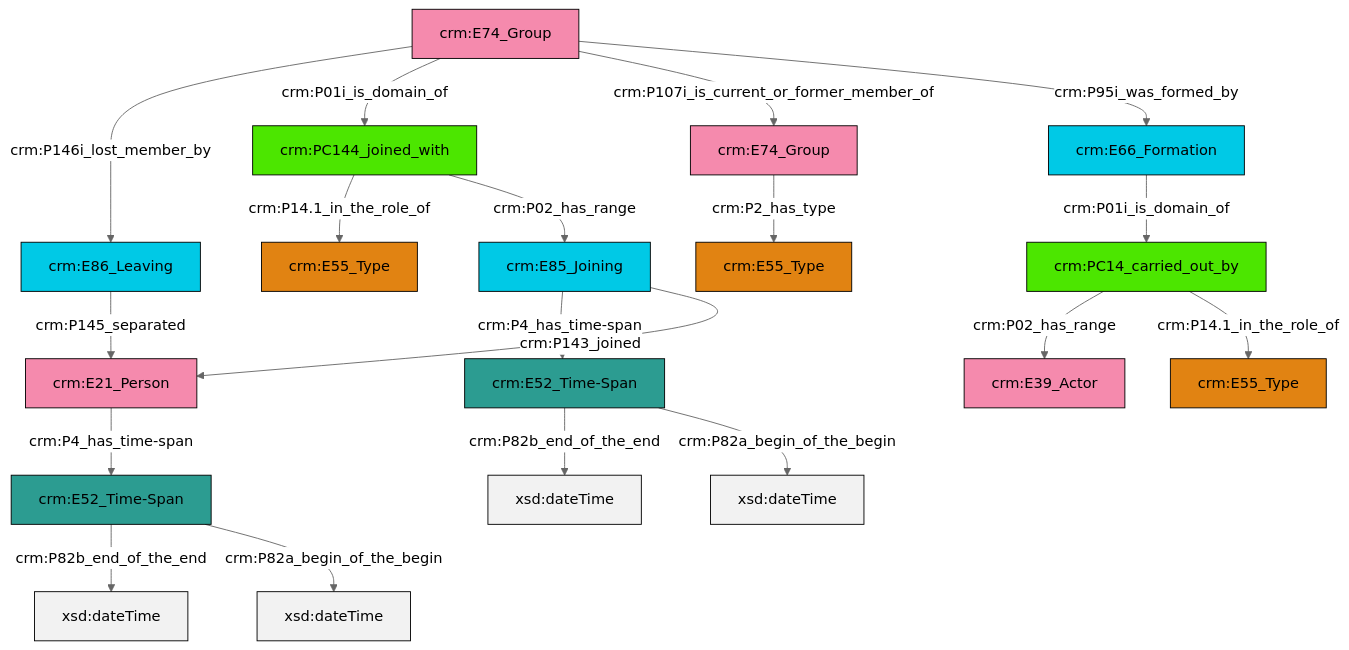
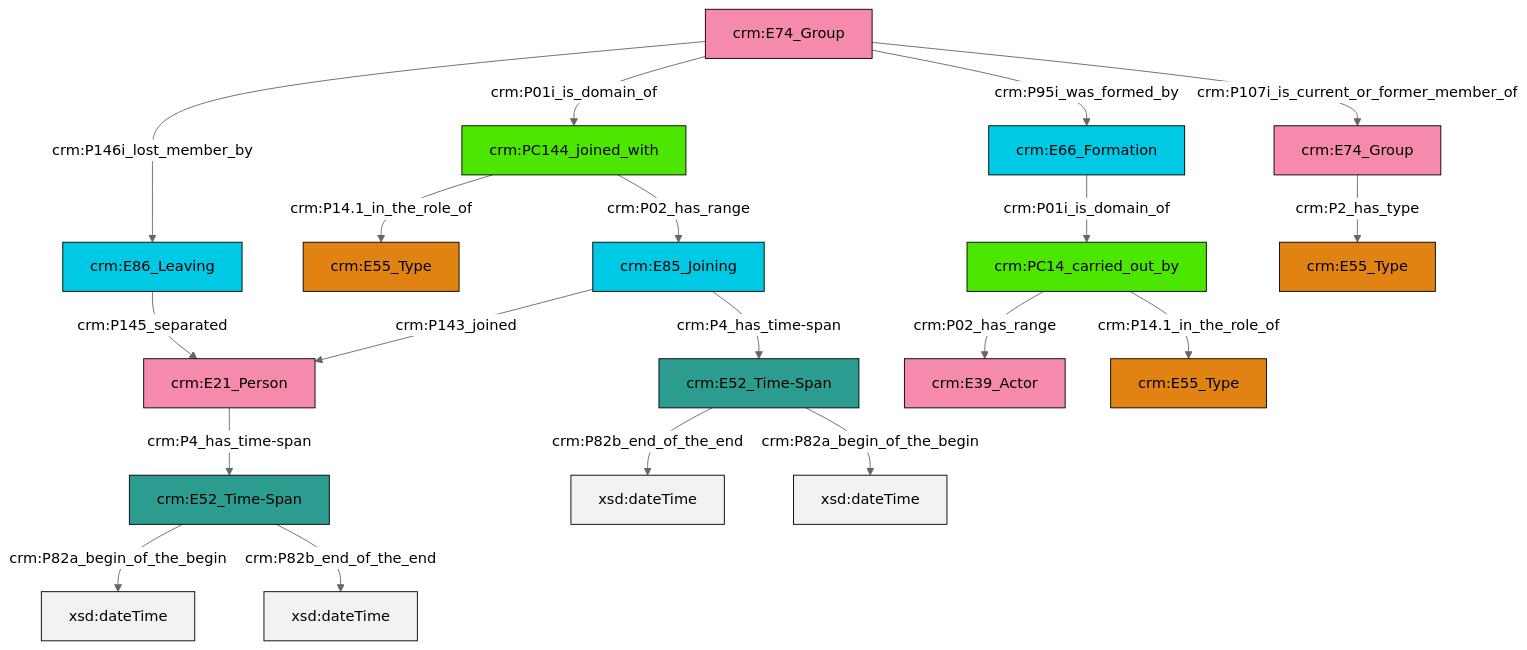
Before and after one commit to swiss-art-research-net/reference-data-models: the diagram in et/groupCSV/ttl/mmd/group_actor_relations.ttl.mmd, drawn with Mermaid (neutral theme). The commit also changed 135 other files, not shown here.

```diff
--- a/et/groupCSV/ttl/mmd/group_actor_relations.ttl.mmd
+++ b/et/groupCSV/ttl/mmd/group_actor_relations.ttl.mmd
@@ -1,33 +1,33 @@
 graph TD
 classDef Literal fill:#f2f2f2,stroke:#000000;
 classDef CRM_Entity fill:#FFFFFF,stroke:#000000;
 classDef Temporal_Entity fill:#00C9E6, stroke:#000000;
 classDef Type fill:#E18312, stroke:#000000;
 classDef Time-Span fill:#2C9C91, stroke:#000000;
 classDef Appellation fill:#FFEB7F, stroke:#000000;
 classDef Place fill:#008836, stroke:#000000;
 classDef Persistent_Item fill:#B266B2, stroke:#000000;
 classDef Conceptual_Object fill:#FFD700, stroke:#000000;
 classDef Physical_Thing fill:#D2B48C, stroke:#000000;
 classDef Actor fill:#f58aad, stroke:#000000;
 classDef PC_Classes fill:#4ce600, stroke:#000000;
 classDef Multi fill:#cccccc,stroke:#000000;
 
-0["crm:PC14_carried_out_by"]:::PC_Classes -->|crm:P02_has_range| 1["crm:E39_Actor"]:::Actor
-4["crm:PC144_joined_with"]:::PC_Classes -->|crm:P14.1_in_the_role_of| 2["crm:E55_Type"]:::Type
-5["crm:E74_Group"]:::Actor -->|crm:P146i_lost_member_by| 6["crm:E86_Leaving"]:::Temporal_Entity
-5["crm:E74_Group"]:::Actor -->|crm:P01i_is_domain_of| 4["crm:PC144_joined_with"]:::PC_Classes
-5["crm:E74_Group"]:::Actor -->|crm:P107i_is_current_or_former_member_of| 7["crm:E74_Group"]:::Actor
-8["crm:E52_Time-Span"]:::Time-Span -->|crm:P82b_end_of_the_end| 9[xsd:dateTime]:::Literal
-6["crm:E86_Leaving"]:::Temporal_Entity -->|crm:P145_separated| 17["crm:E21_Person"]:::Actor
-10["crm:E85_Joining"]:::Temporal_Entity -->|crm:P4_has_time-span| 20["crm:E52_Time-Span"]:::Time-Span
-4["crm:PC144_joined_with"]:::PC_Classes -->|crm:P02_has_range| 10["crm:E85_Joining"]:::Temporal_Entity
-0["crm:PC14_carried_out_by"]:::PC_Classes -->|crm:P14.1_in_the_role_of| 21["crm:E55_Type"]:::Type
-20["crm:E52_Time-Span"]:::Time-Span -->|crm:P82b_end_of_the_end| 23[xsd:dateTime]:::Literal
-17["crm:E21_Person"]:::Actor -->|crm:P4_has_time-span| 8["crm:E52_Time-Span"]:::Time-Span
-24["crm:E66_Formation"]:::Temporal_Entity -->|crm:P01i_is_domain_of| 0["crm:PC14_carried_out_by"]:::PC_Classes
-20["crm:E52_Time-Span"]:::Time-Span -->|crm:P82a_begin_of_the_begin| 25[xsd:dateTime]:::Literal
-8["crm:E52_Time-Span"]:::Time-Span -->|crm:P82a_begin_of_the_begin| 28[xsd:dateTime]:::Literal
-10["crm:E85_Joining"]:::Temporal_Entity -->|crm:P143_joined| 17["crm:E21_Person"]:::Actor
-7["crm:E74_Group"]:::Actor -->|crm:P2_has_type| 12["crm:E55_Type"]:::Type
-5["crm:E74_Group"]:::Actor -->|crm:P95i_was_formed_by| 24["crm:E66_Formation"]:::Temporal_Entity
+2["crm:E52_Time-Span"]:::Time-Span -->|crm:P82b_end_of_the_end| 3[xsd:dateTime]:::Literal
+4["crm:E85_Joining"]:::Temporal_Entity -->|crm:P143_joined| 5["crm:E21_Person"]:::Actor
+6["crm:E74_Group"]:::Actor -->|crm:P146i_lost_member_by| 7["crm:E86_Leaving"]:::Temporal_Entity
+10["crm:PC14_carried_out_by"]:::PC_Classes -->|crm:P02_has_range| 11["crm:E39_Actor"]:::Actor
+10["crm:PC14_carried_out_by"]:::PC_Classes -->|crm:P14.1_in_the_role_of| 8["crm:E55_Type"]:::Type
+15["crm:E66_Formation"]:::Temporal_Entity -->|crm:P01i_is_domain_of| 10["crm:PC14_carried_out_by"]:::PC_Classes
+6["crm:E74_Group"]:::Actor -->|crm:P01i_is_domain_of| 18["crm:PC144_joined_with"]:::PC_Classes
+21["crm:E52_Time-Span"]:::Time-Span -->|crm:P82a_begin_of_the_begin| 22[xsd:dateTime]:::Literal
+6["crm:E74_Group"]:::Actor -->|crm:P95i_was_formed_by| 15["crm:E66_Formation"]:::Temporal_Entity
+4["crm:E85_Joining"]:::Temporal_Entity -->|crm:P4_has_time-span| 2["crm:E52_Time-Span"]:::Time-Span
+2["crm:E52_Time-Span"]:::Time-Span -->|crm:P82a_begin_of_the_begin| 26[xsd:dateTime]:::Literal
+18["crm:PC144_joined_with"]:::PC_Classes -->|crm:P14.1_in_the_role_of| 0["crm:E55_Type"]:::Type
+18["crm:PC144_joined_with"]:::PC_Classes -->|crm:P02_has_range| 4["crm:E85_Joining"]:::Temporal_Entity
+6["crm:E74_Group"]:::Actor -->|crm:P107i_is_current_or_former_member_of| 29["crm:E74_Group"]:::Actor
+29["crm:E74_Group"]:::Actor -->|crm:P2_has_type| 13["crm:E55_Type"]:::Type
+21["crm:E52_Time-Span"]:::Time-Span -->|crm:P82b_end_of_the_end| 34[xsd:dateTime]:::Literal
+7["crm:E86_Leaving"]:::Temporal_Entity -->|crm:P145_separated| 5["crm:E21_Person"]:::Actor
+5["crm:E21_Person"]:::Actor -->|crm:P4_has_time-span| 21["crm:E52_Time-Span"]:::Time-Span
```
